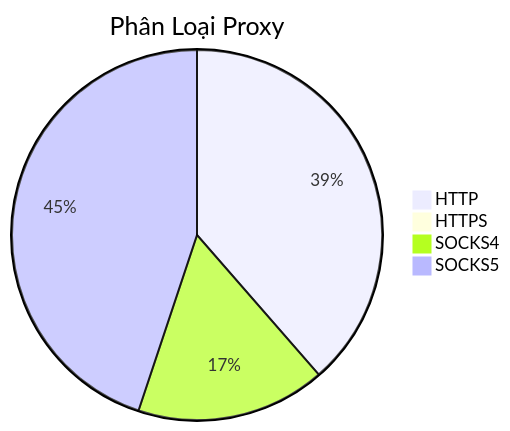
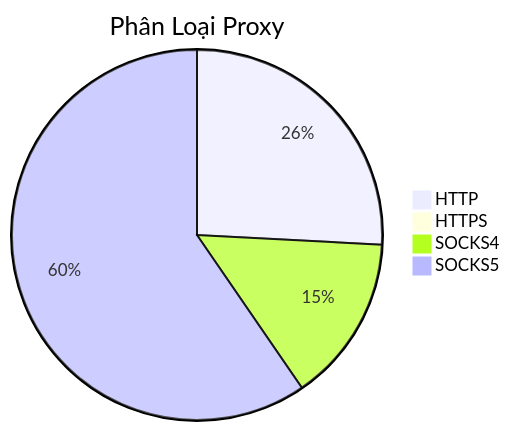
The diagram in README.md (Ciara-12/PROXY-free), drawn with Mermaid before and after one commit. The commit also changed other lines of this file and 4 other files, not shown here.

````diff
--- a/README.md
+++ b/README.md
@@ -26,7 +26,7 @@
 ```mermaid
 pie title Phân Loại Proxy
-    "HTTP" : 833
-    "HTTPS" : 1
-    "SOCKS4" : 357
-    "SOCKS5" : 969
+    "HTTP" : 634
+    "HTTPS" : 0
+    "SOCKS4" : 358
+    "SOCKS5" : 1462
 ```
````
